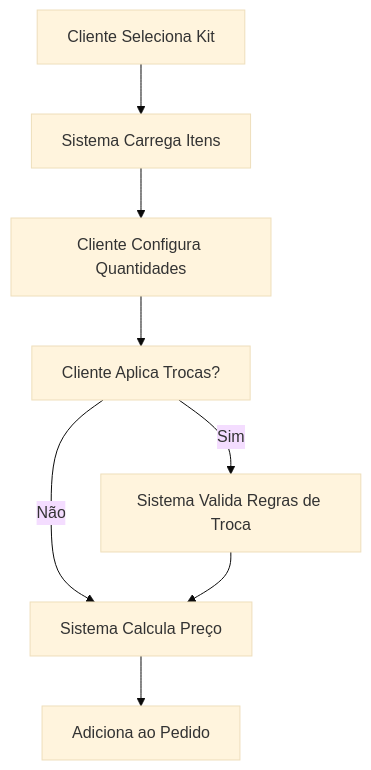
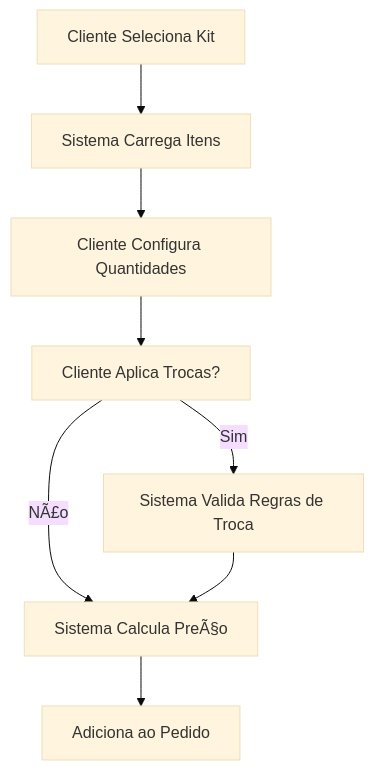
The fifth of 5 diagrams in GesN.Web/Context/DOMAIN CONTEXTS/README.md (igor-spalenza/GesN), drawn with Mermaid (base theme) before and after one commit. The commit also changed other lines of this file and 93 other files, not shown here.

````diff
--- a/GesN.Web/Context/DOMAIN CONTEXTS/README.md
+++ b/GesN.Web/Context/DOMAIN CONTEXTS/README.md
@@ -441,10 +441,10 @@
 ```mermaid
 graph TD
     A[Cliente Seleciona Kit] --> B[Sistema Carrega Itens]
     B --> C[Cliente Configura Quantidades]
     C --> D[Cliente Aplica Trocas?]
     D -->|Sim| E[Sistema Valida Regras de Troca]
-    D -->|Não| F[Sistema Calcula Preço]
+    D -->|NÃ£o| F[Sistema Calcula PreÃ§o]
     E --> F
     F --> G[Adiciona ao Pedido]
 ```
````
